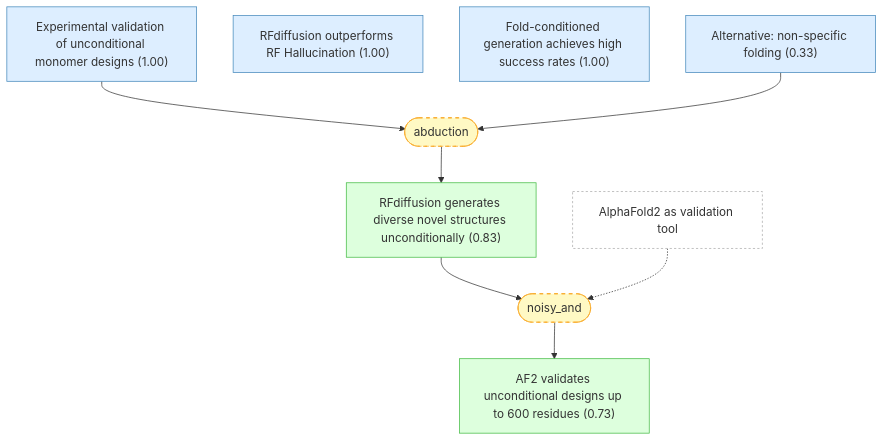
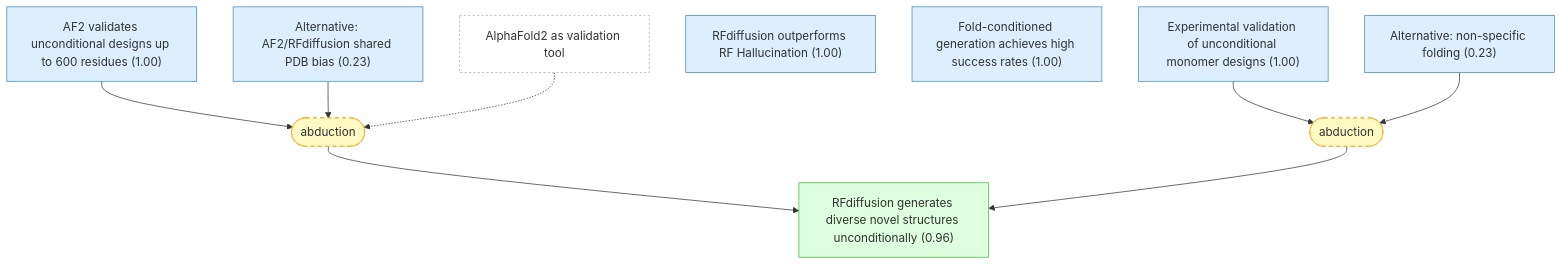
The third of 8 diagrams in README.md (kunyuan/watson-rfdiffusion-2023-gaia), drawn with Mermaid before and after one commit. The commit also changed other lines of this file and 7 other files, not shown here.

````diff
--- a/README.md
+++ b/README.md
@@ -325,28 +331,30 @@
 ```mermaid
 graph TD
     alphafold2_definition["AlphaFold2 as validation tool"]:::external
-    unconditional_generates_diverse_structures["RFdiffusion generates diverse novel structures unconditionally (0.83)"]:::derived
-    af2_validates_unconditional_designs["AF2 validates unconditional designs up to 600 residues (0.73)"]:::derived
+    unconditional_generates_diverse_structures["RFdiffusion generates diverse novel structures unconditionally (0.96)"]:::derived
+    af2_validates_unconditional_designs["AF2 validates unconditional designs up to 600 residues (1.00)"]:::premise
     experimental_validation_monomers["Experimental validation of unconditional monomer designs (1.00)"]:::premise
     outperforms_hallucination["RFdiffusion outperforms RF Hallucination (1.00)"]:::premise
     fold_conditioned_generation["Fold-conditioned generation achieves high success rates (1.00)"]:::premise
-    alt_nonspecific_folding["Alternative: non-specific folding (0.33)"]:::premise
-    strat_4(["noisy_and"]):::weak
-    unconditional_generates_diverse_structures --> strat_4
+    alt_af2_coincidence["Alternative: AF2/RFdiffusion shared PDB bias (0.23)"]:::premise
+    alt_nonspecific_folding["Alternative: non-specific folding (0.23)"]:::premise
+    strat_4(["abduction"]):::weak
+    af2_validates_unconditional_designs --> strat_4
+    alt_af2_coincidence --> strat_4
     alphafold2_definition -.-> strat_4
-    strat_4 --> af2_validates_unconditional_designs
+    strat_4 --> unconditional_generates_diverse_structures
     strat_5(["abduction"]):::weak
     experimental_validation_monomers --> strat_5
     alt_nonspecific_folding --> strat_5
     strat_5 --> unconditional_generates_diverse_structures
 
     classDef setting fill:#f0f0f0,stroke:#999,color:#333
     classDef premise fill:#ddeeff,stroke:#4488bb,color:#333
     classDef derived fill:#ddffdd,stroke:#44bb44,color:#333
     classDef question fill:#fff3dd,stroke:#cc9944,color:#333
     classDef background fill:#f5f5f5,stroke:#bbb,stroke-dasharray: 5 5,color:#333
     classDef orphan fill:#fff,stroke:#ccc,stroke-dasharray: 5 5,color:#333
     classDef external fill:#fff,stroke:#aaa,stroke-dasharray: 3 3,color:#333
     classDef weak fill:#fff9c4,stroke:#f9a825,stroke-dasharray: 5 5,color:#333
     classDef contra fill:#ffebee,stroke:#c62828,color:#333
 ```
````
